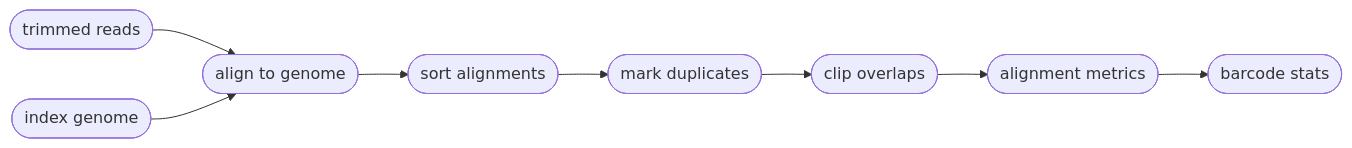
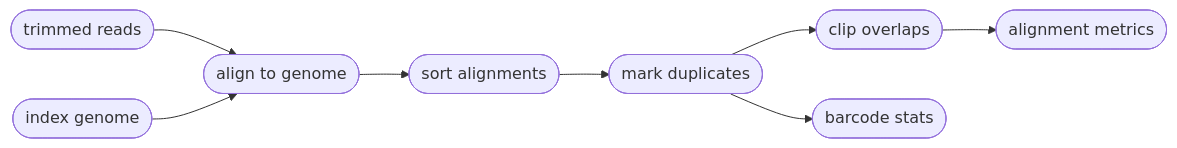
One commit to pdimens/harpy changed the first of 2 diagrams in Modules/align.md. Above: the diagram before and after it, drawn with Mermaid. The commit also changed 3 other files, not shown here.

````diff
--- a/Modules/align.md
+++ b/Modules/align.md
@@ -81,10 +81,10 @@
 ```mermaid
 graph LR
     Z([trimmed reads]) --> B
     A([index genome]) --> B([align to genome])
     B-->C([sort alignments])
     C-->D([mark duplicates])
     D-->E([clip overlaps])
     E-->F([alignment metrics])
-    F-->G([barcode stats])
+    D-->G([barcode stats])
 ```
````
